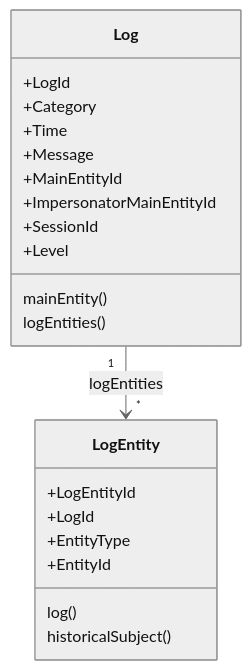
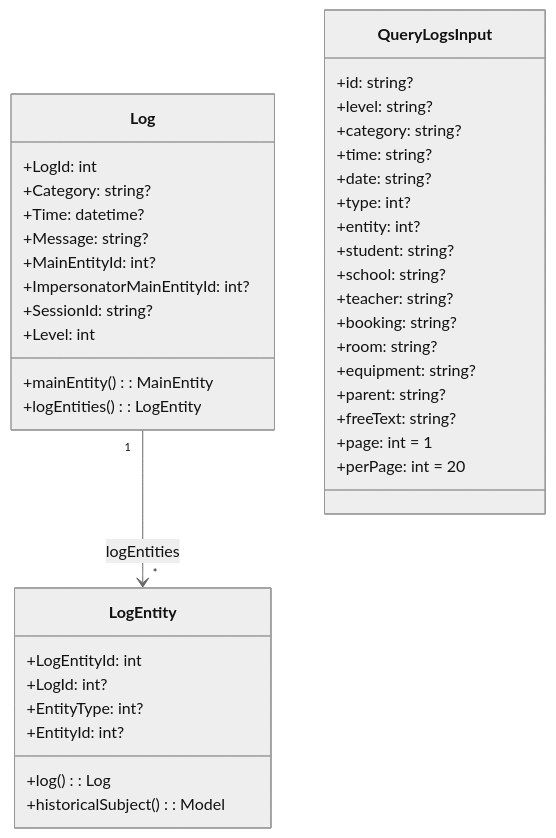
The diagram in docs/diagrams/Class Diagram.mermaid (Rinpyre/Synapse), drawn with Mermaid (neutral theme) before and after one commit.

Commit message:
docs(diagrams): Enhance class diagram with detailed types

```diff
--- a/docs/diagrams/Class Diagram.mermaid
+++ b/docs/diagrams/Class Diagram.mermaid
@@ -1,23 +1,43 @@
 classDiagram
   class Log {
-    +LogId
-    +Category
-    +Time
-    +Message
-    +MainEntityId
-    +ImpersonatorMainEntityId
-    +SessionId
-    +Level
-    mainEntity()
-    logEntities()
+    +LogId: int
+    +Category: string?
+    +Time: datetime?
+    +Message: string?
+    +MainEntityId: int?
+    +ImpersonatorMainEntityId: int?
+    +SessionId: string?
+    +Level: int
+    +mainEntity(): MainEntity
+    +logEntities(): LogEntity
   }
   class LogEntity {
-    +LogEntityId
-    +LogId
-    +EntityType
-    +EntityId
-    log()
-    historicalSubject()
+    +LogEntityId: int
+    +LogId: int?
+    +EntityType: int?
+    +EntityId: int?
+    +log(): Log
+    +historicalSubject(): Model
   }
 
   Log "1" --> "*" LogEntity : logEntities
+
+  class QueryLogsInput {
+    +id: string?
+    +level: string?
+    +category: string?
+    +time: string?
+    +date: string?
+    +type: int?
+    +entity: int?
+    +student: string?
+    +school: string?
+    +teacher: string?
+    +booking: string?
+    +room: string?
+    +equipment: string?
+    +parent: string?
+    +freeText: string?
+    +page: int = 1
+    +perPage: int = 20
+  }
```
